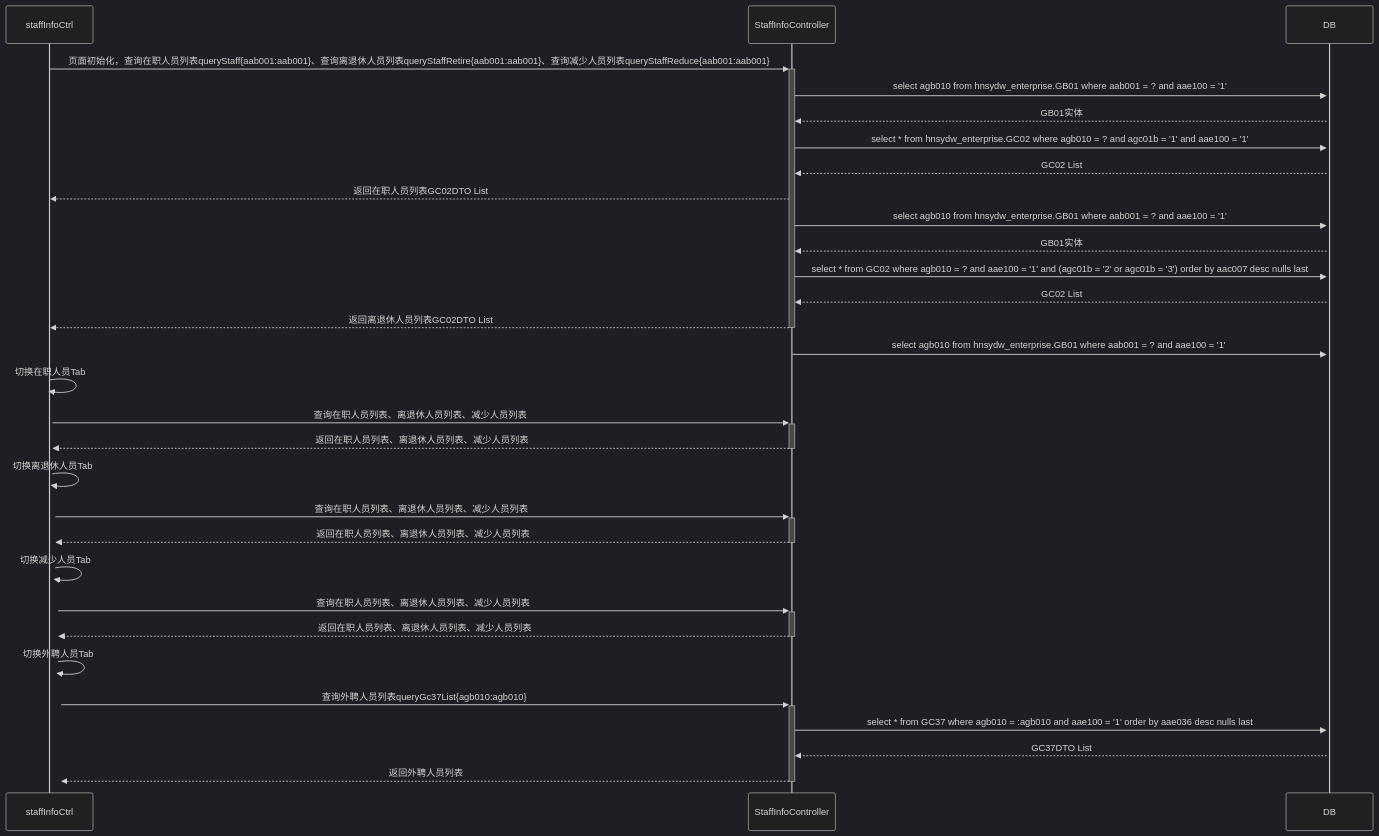
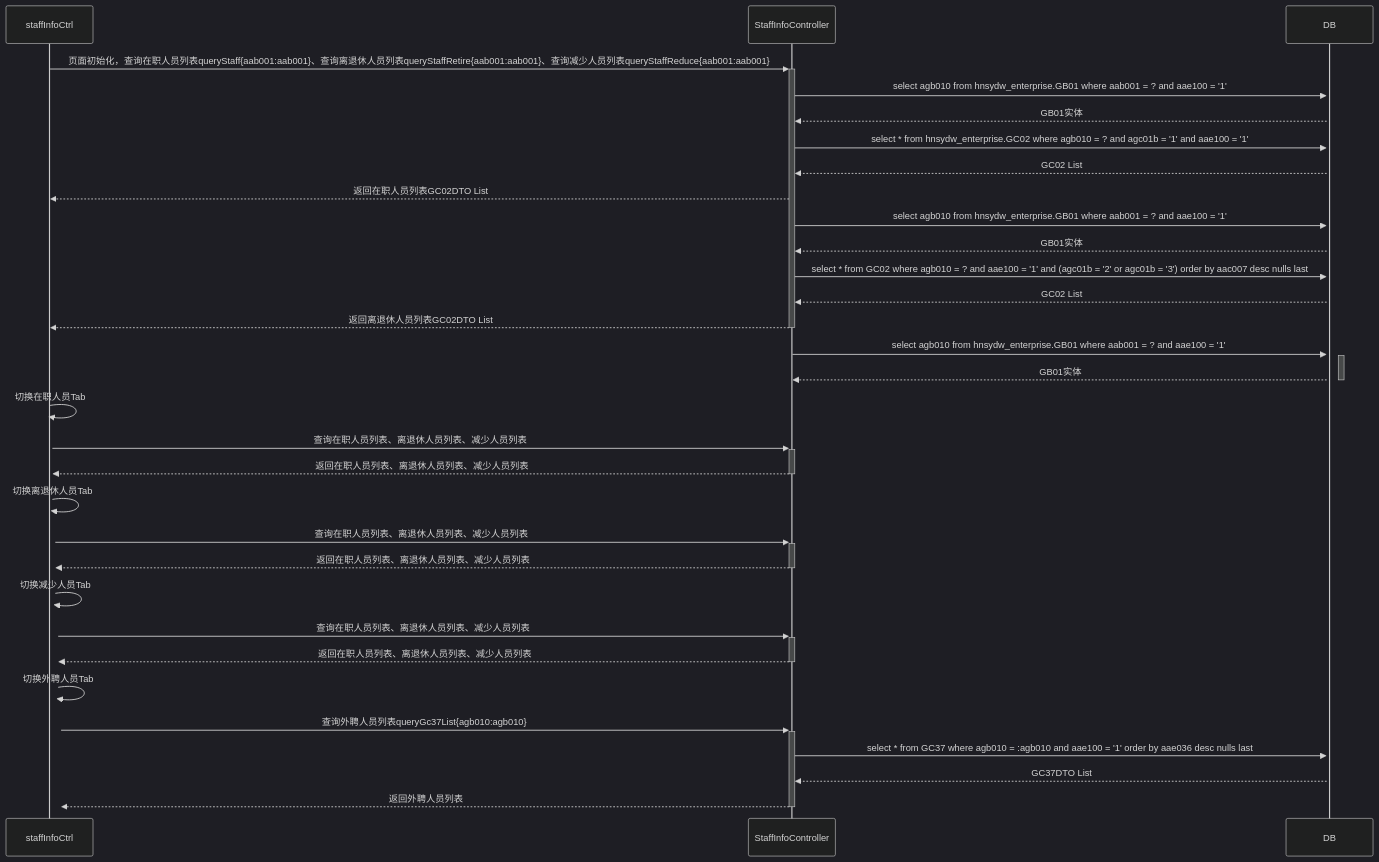
One commit to ZhangJianBeiJing/iodraw-files changed the diagram in all/人员基本信息初始化页面多Tab调用业务流程.md. Above: the diagram before and after it, drawn with Mermaid (dark theme).

Commit message:
2025-03-25 10:56:08 update

````diff
--- a/all/人员基本信息初始化页面多Tab调用业务流程.md
+++ b/all/人员基本信息初始化页面多Tab调用业务流程.md
@@ -1,37 +1,37 @@
 ```mermaid
 sequenceDiagram
     staffInfoCtrl->>+StaffInfoController: 页面初始化，查询在职人员列表queryStaff{aab001:aab001}、查询离退休人员列表queryStaffRetire{aab001:aab001}、查询减少人员列表queryStaffReduce{aab001:aab001}
     
     StaffInfoController->>+DB:select agb010 from hnsydw_enterprise.GB01 where aab001 = ? and aae100 = '1'
     DB-->>StaffInfoController:GB01实体
     StaffInfoController->>+DB:select * from hnsydw_enterprise.GC02 where agb010 = ? and agc01b = '1' and aae100 = '1'
     DB-->>StaffInfoController:GC02 List
     StaffInfoController-->>staffInfoCtrl:返回在职人员列表GC02DTO List
     
     StaffInfoController->>+DB:select agb010 from hnsydw_enterprise.GB01 where aab001 = ? and aae100 = '1'
     DB-->>StaffInfoController:GB01实体
     StaffInfoController->>+DB:select * from GC02 where agb010 = ? and aae100 = '1' and (agc01b = '2' or agc01b = '3') order by aac007 desc nulls last 
     DB-->>StaffInfoController:GC02 List
     StaffInfoController-->>-staffInfoCtrl:返回离退休人员列表GC02DTO List
 
     StaffInfoController->>+DB:select agb010 from hnsydw_enterprise.GB01 where aab001 = ? and aae100 = '1'
-    %% DB-->>-StaffInfoController:GB01实体
+    DB-->>-StaffInfoController:GB01实体
     %% StaffInfoController->>+DB:select * from GC02 where agb010 = ? and aae100 = '0' order by agc025 desc nulls last 
     %% DB-->>-StaffInfoController:GC02 List
     %% StaffInfoController-->>-staffInfoCtrl:返回减少人员列表GC02DTO List
 
     staffInfoCtrl->>+staffInfoCtrl:切换在职人员Tab
     staffInfoCtrl->>+StaffInfoController:查询在职人员列表、离退休人员列表、减少人员列表
     StaffInfoController-->>-staffInfoCtrl:返回在职人员列表、离退休人员列表、减少人员列表
     staffInfoCtrl->>+staffInfoCtrl:切换离退休人员Tab
     staffInfoCtrl->>+StaffInfoController:查询在职人员列表、离退休人员列表、减少人员列表
     StaffInfoController-->>-staffInfoCtrl:返回在职人员列表、离退休人员列表、减少人员列表
     staffInfoCtrl->>+staffInfoCtrl:切换减少人员Tab
     staffInfoCtrl->>+StaffInfoController:查询在职人员列表、离退休人员列表、减少人员列表
     StaffInfoController-->>-staffInfoCtrl:返回在职人员列表、离退休人员列表、减少人员列表
     staffInfoCtrl->>+staffInfoCtrl:切换外聘人员Tab
     staffInfoCtrl->>+StaffInfoController:查询外聘人员列表queryGc37List{agb010:agb010}
     StaffInfoController->>+DB:select * from GC37 where agb010 = :agb010 and aae100 = '1' order by aae036 desc nulls last
     DB-->>StaffInfoController:GC37DTO List 
     StaffInfoController-->>-staffInfoCtrl:返回外聘人员列表
 ```
````
